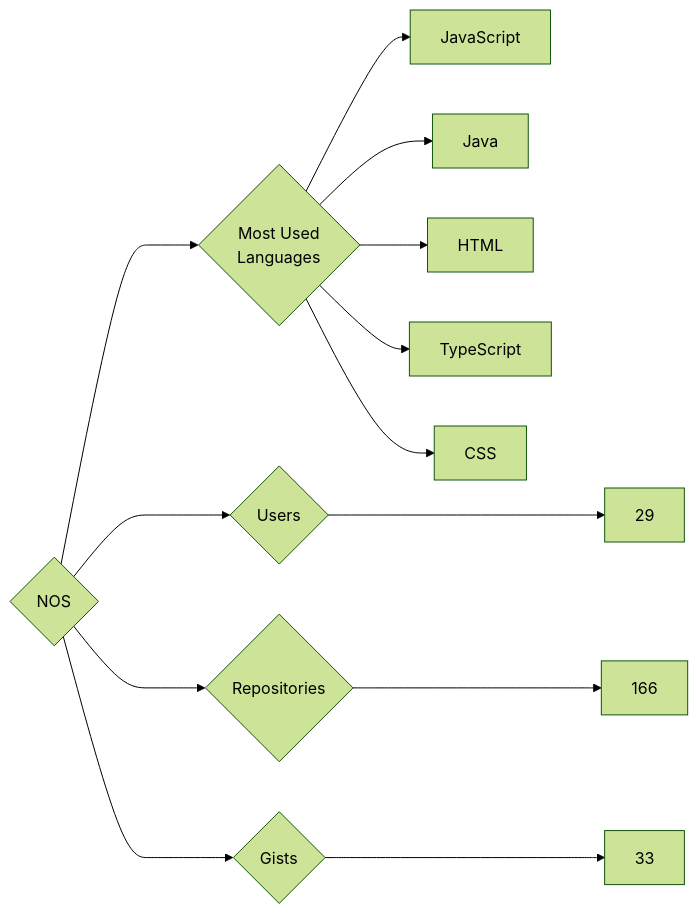
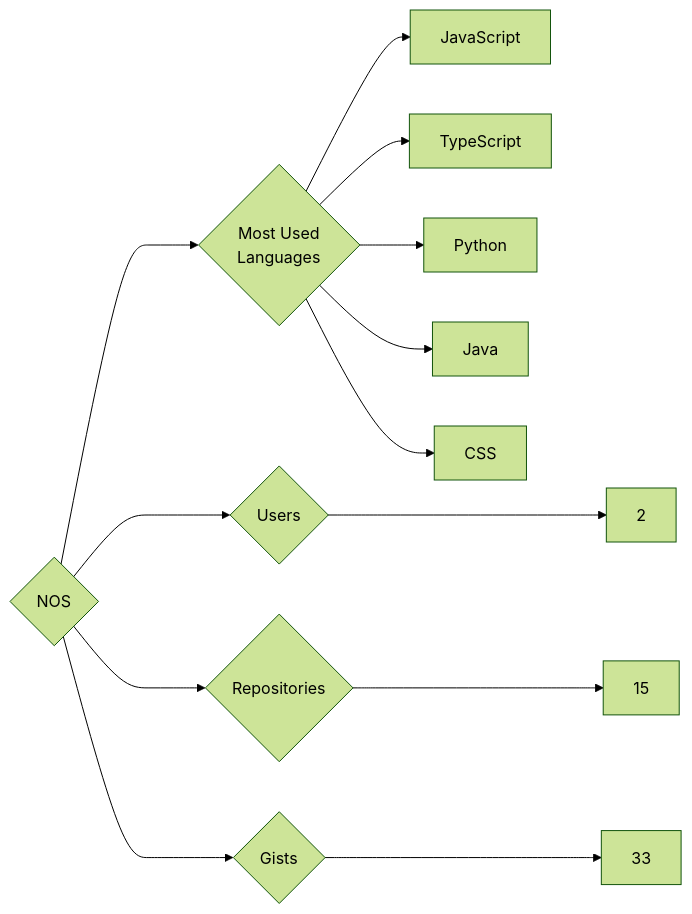
One commit to trickest/insiders changed the diagram in targets/NOS/README.md. Above: the diagram before and after it, drawn with Mermaid (forest theme). The commit also changed 995 other files, not shown here.

````diff
--- a/targets/NOS/README.md
+++ b/targets/NOS/README.md
@@ -3,13 +3,13 @@
 ```mermaid
 graph LR
 COMPANY_NAME{NOS}
-COMPANY_NAME ---> U{Users} ---> UN[29]
-COMPANY_NAME ---> R{Repositories} ---> RN[166]
+COMPANY_NAME ---> U{Users} ---> UN[2]
+COMPANY_NAME ---> R{Repositories} ---> RN[15]
 COMPANY_NAME ---> G{Gists} ---> GN[33]
 COMPANY_NAME ---> ML{Most Used<br>Languages}
 ML --> JavaScript[JavaScript]
+ML --> TypeScript[TypeScript]
+ML --> Python[Python]
 ML --> Java[Java]
-ML --> HTML[HTML]
-ML --> TypeScript[TypeScript]
 ML --> CSS[CSS]
 ```
````
